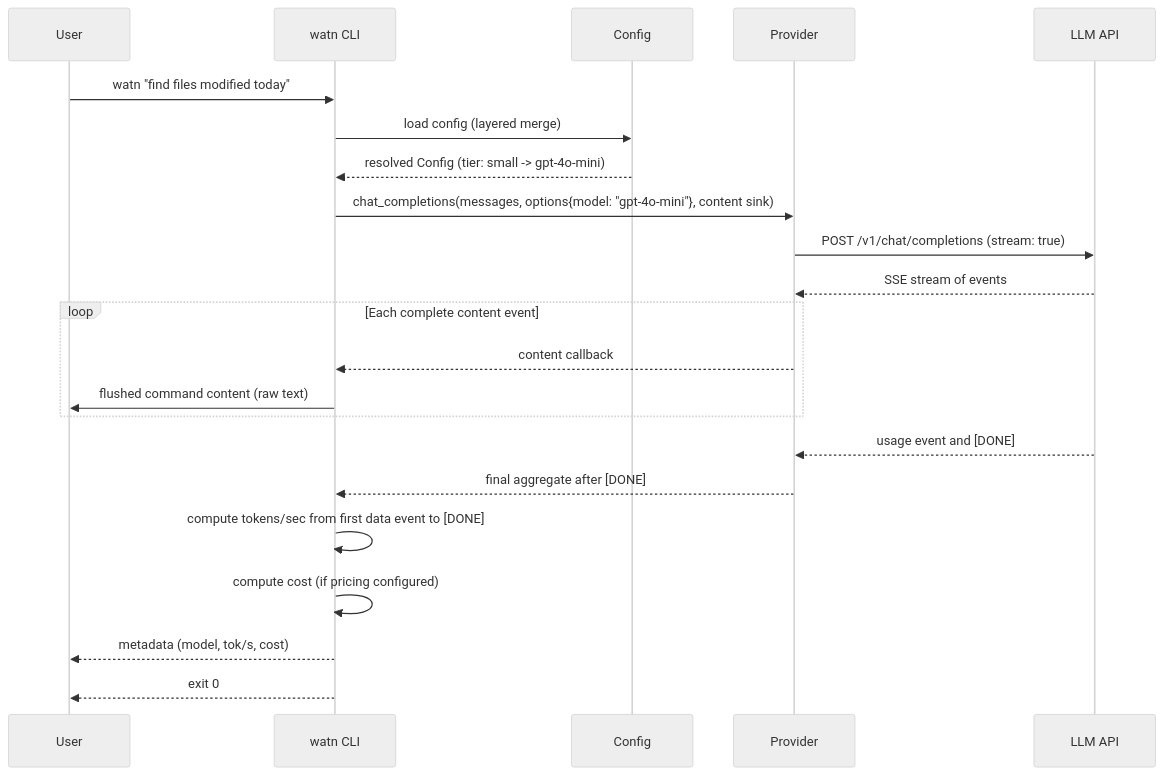
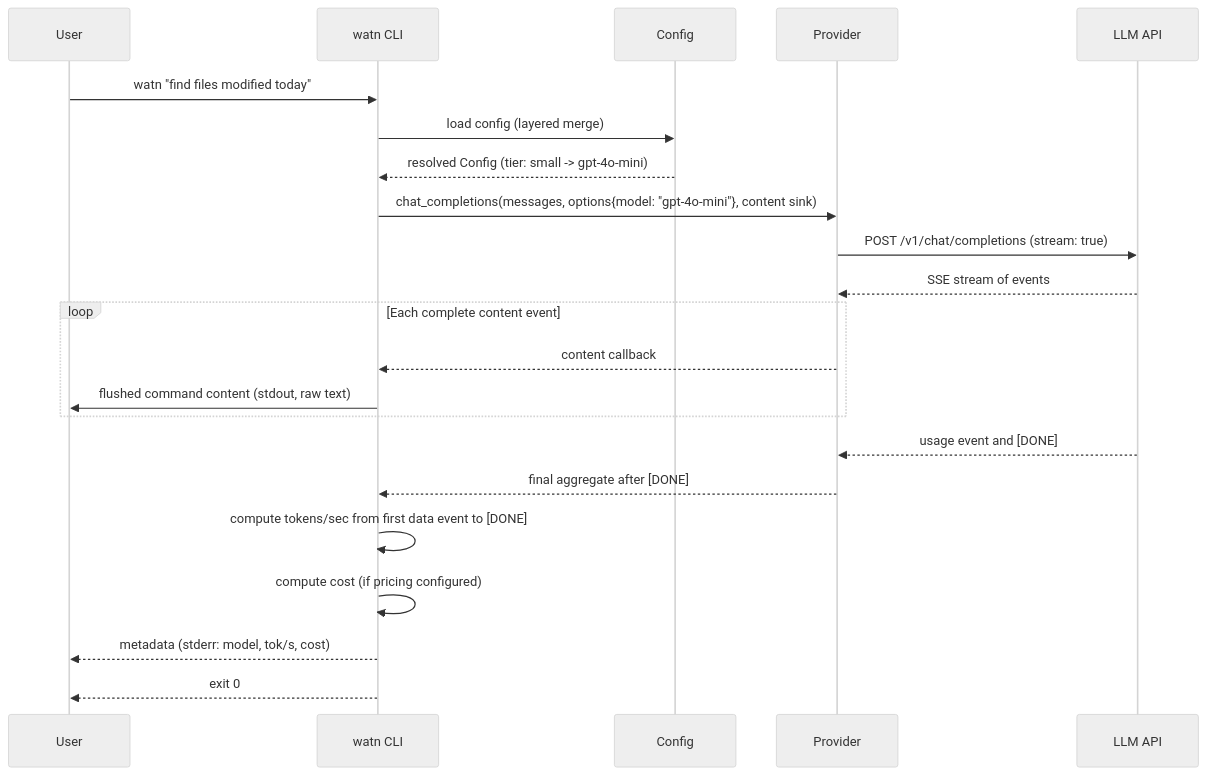
One commit to buster/watn changed the first of 16 diagrams in docs/arc42/06-runtime-view.md. Above: the diagram before and after it, drawn with Mermaid (neutral theme). The commit also changed other lines of this file and 27 other files, not shown here.

````diff
--- a/docs/arc42/06-runtime-view.md
+++ b/docs/arc42/06-runtime-view.md
@@ -7,25 +7,25 @@
 ```mermaid
 sequenceDiagram
     participant User as User
     participant CLI as watn CLI
     participant Config as Config
     participant Prov as Provider
     participant API as LLM API
 
     User->>CLI: watn "find files modified today"
     CLI->>Config: load config (layered merge)
     Config-->>CLI: resolved Config (tier: small -> gpt-4o-mini)
     CLI->>Prov: chat_completions(messages, options{model: "gpt-4o-mini"}, content sink)
     Prov->>API: POST /v1/chat/completions (stream: true)
     API-->>Prov: SSE stream of events
     loop Each complete content event
         Prov-->>CLI: content callback
-        CLI->>User: flushed command content (raw text)
+        CLI->>User: flushed command content (stdout, raw text)
     end
     API-->>Prov: usage event and [DONE]
     Prov-->>CLI: final aggregate after [DONE]
     CLI->>CLI: compute tokens/sec from first data event to [DONE]
     CLI->>CLI: compute cost (if pricing configured)
-    CLI-->>User: metadata (model, tok/s, cost)
+    CLI-->>User: metadata (stderr: model, tok/s, cost)
     CLI-->>User: exit 0
 ```
````
